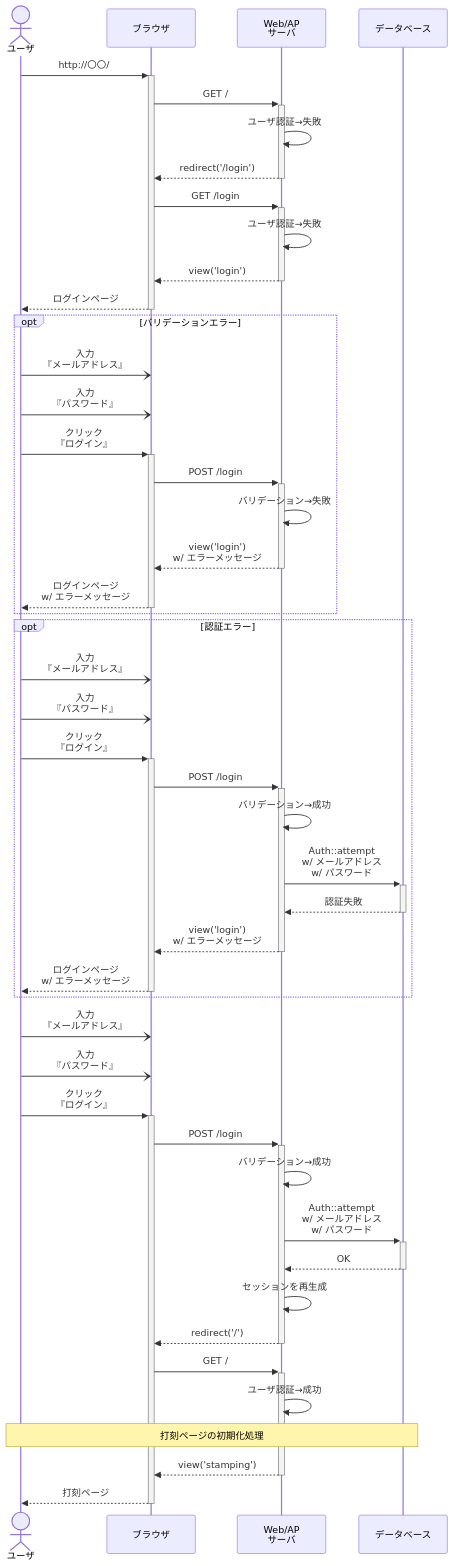
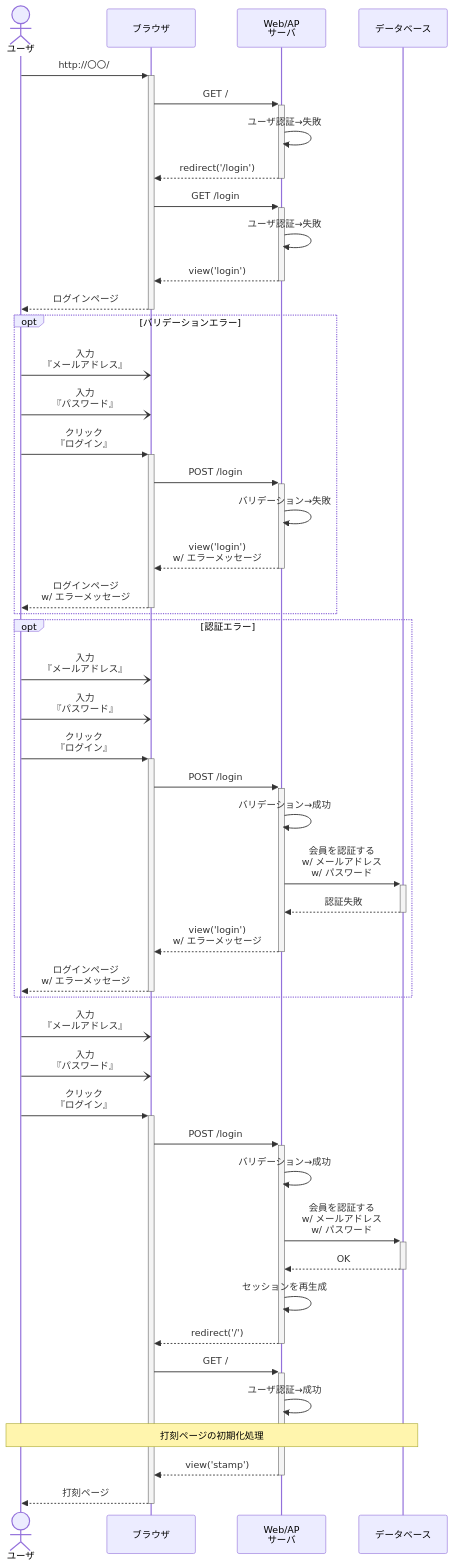
One commit to ryamao/atte changed the diagram in doc/シーケンス図/ログイン.md. Above: the diagram before and after it, drawn with Mermaid. The commit also changed 9 other files, not shown here.

Commit message:
doc: シーケンス図を修正

````diff
--- a/doc/シーケンス図/ログイン.md
+++ b/doc/シーケンス図/ログイン.md
@@ -3,53 +3,53 @@
 ```mermaid
 sequenceDiagram
   actor U as ユーザ
   participant B as ブラウザ
   participant A as Web/AP<br>サーバ
   participant D as データベース
 
   U ->>+ B : http://〇〇/
   B ->>+ A : GET /
   A ->> A : ユーザ認証→失敗
   A -->>- B : redirect('/login')
   B ->>+ A : GET /login
   A ->> A : ユーザ認証→失敗
   A -->>- B : view('login')
   B -->>- U : ログインページ
 
   opt バリデーションエラー
     U -) B : 入力<br>『メールアドレス』
     U -) B : 入力<br>『パスワード』
     U ->>+ B : クリック<br>『ログイン』
     B ->>+ A : POST /login
     A ->> A : バリデーション→失敗
     A -->>- B : view('login')<br>w/ エラーメッセージ
     B -->>- U : ログインページ<br>w/ エラーメッセージ
   end
 
   opt 認証エラー
     U -) B : 入力<br>『メールアドレス』
     U -) B : 入力<br>『パスワード』
     U ->>+ B : クリック<br>『ログイン』
     B ->>+ A : POST /login
     A ->> A : バリデーション→成功
-    A ->>+ D : Auth::attempt<br>w/ メールアドレス<br>w/ パスワード
+    A ->>+ D : 会員を認証する<br>w/ メールアドレス<br>w/ パスワード
     D -->>- A : 認証失敗
     A -->>- B : view('login')<br>w/ エラーメッセージ
     B -->>- U : ログインページ<br>w/ エラーメッセージ
   end
 
   U -) B : 入力<br>『メールアドレス』
   U -) B : 入力<br>『パスワード』
   U ->>+ B : クリック<br>『ログイン』
   B ->>+ A : POST /login
   A ->> A : バリデーション→成功
-  A ->>+ D : Auth::attempt<br>w/ メールアドレス<br>w/ パスワード
+  A ->>+ D : 会員を認証する<br>w/ メールアドレス<br>w/ パスワード
   D -->>- A : OK
   A ->> A : セッションを再生成
   A -->>- B : redirect('/')
   B ->>+ A : GET /
   A ->> A : ユーザ認証→成功
   note over U, D : 打刻ページの初期化処理
-  A -->>- B : view('stamping')
+  A -->>- B : view('stamp')
   B -->>- U : 打刻ページ
 ```
````
